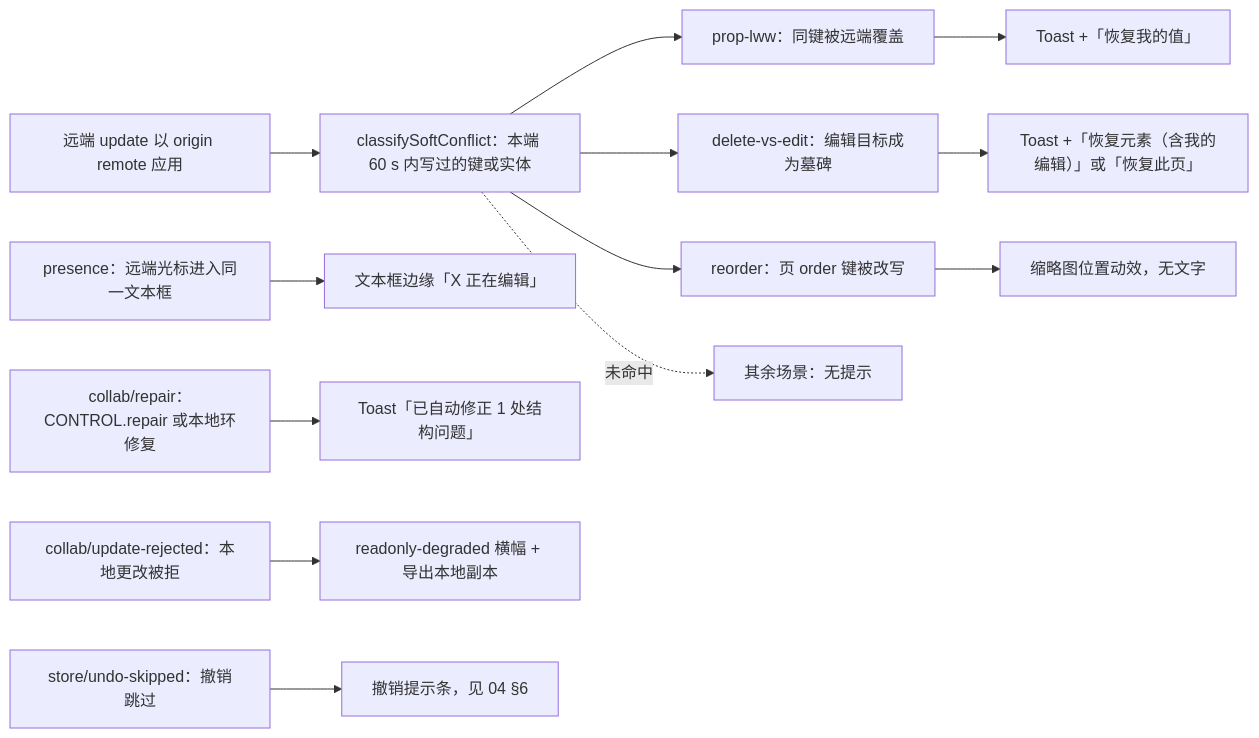
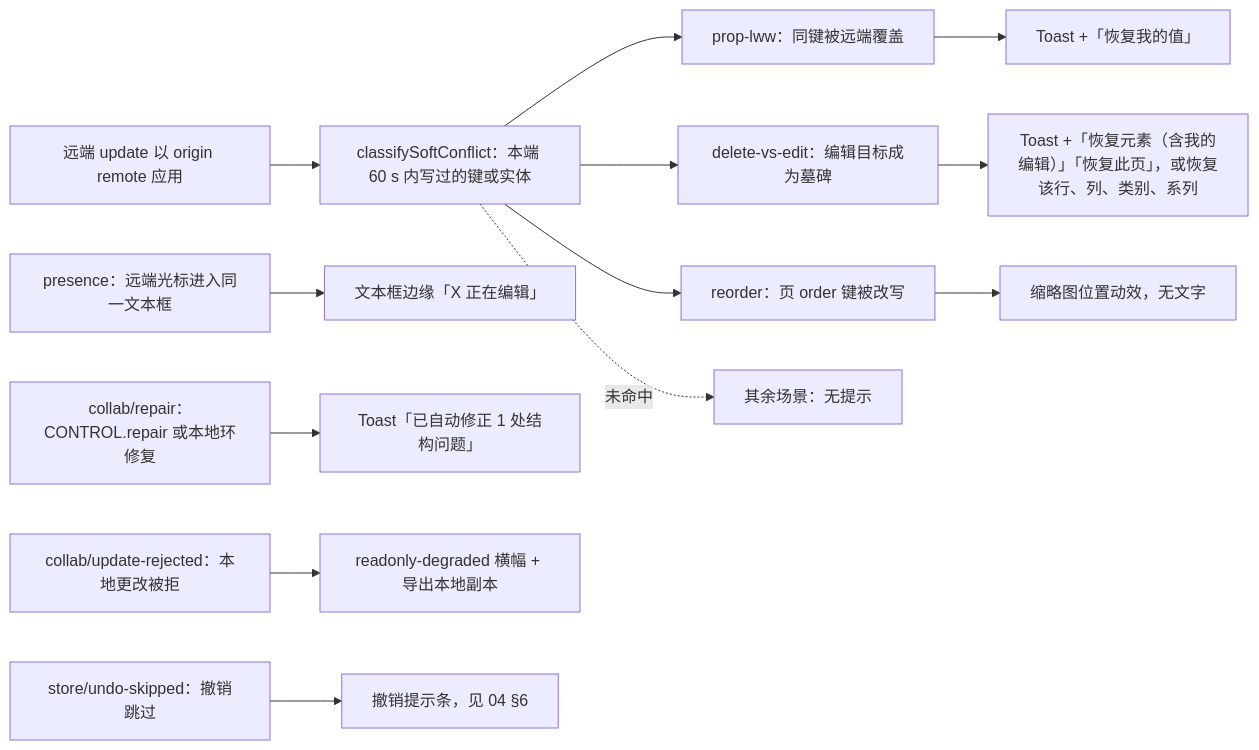
Before and after one commit to Xeonice/cordis-ppt-editor: diagram 13 of 13 in docs/50-frontend/07-collaboration-client.md, drawn with Mermaid. The commit also changed other lines of this file and 12 other files, not shown here.

````diff
--- a/docs/50-frontend/07-collaboration-client.md
+++ b/docs/50-frontend/07-collaboration-client.md
@@ -701,29 +703,29 @@
 ```mermaid
 flowchart LR
   remote["远端 update 以 origin remote 应用"]
   classify["classifySoftConflict：本端 60 s 内写过的键或实体"]
   lww["prop-lww：同键被远端覆盖"]
   dve["delete-vs-edit：编辑目标成为墓碑"]
   reorder["reorder：页 order 键被改写"]
   none["其余场景：无提示"]
   presenceIn["presence：远端光标进入同一文本框"]
   repair["collab/repair：CONTROL.repair 或本地环修复"]
   rejected["collab/update-rejected：本地更改被拒"]
   skipped["store/undo-skipped：撤销跳过"]
   toastMine["Toast +「恢复我的值」"]
-  toastElem["Toast +「恢复元素（含我的编辑）」或「恢复此页」"]
+  toastElem["Toast +「恢复元素（含我的编辑）」「恢复此页」，或恢复该行、列、类别、系列"]
   anim["缩略图位置动效，无文字"]
   inline["文本框边缘「X 正在编辑」"]
   toastFix["Toast「已自动修正 1 处结构问题」"]
   banner["readonly-degraded 横幅 + 导出本地副本"]
   hint["撤销提示条，见 04 §6"]
   remote --> classify
   classify --> lww --> toastMine
   classify --> dve --> toastElem
   classify --> reorder --> anim
   classify -. "未命中" .-> none
   presenceIn --> inline
   repair --> toastFix
   rejected --> banner
   skipped --> hint
 ```
````
